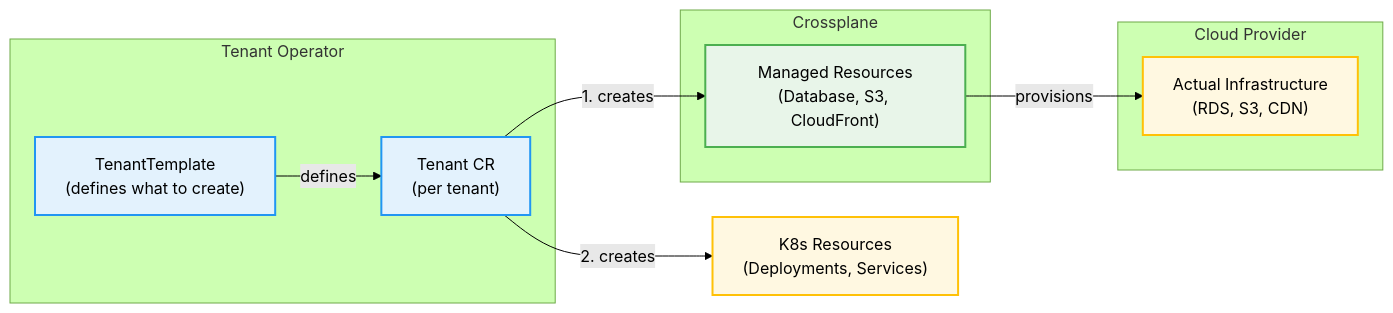
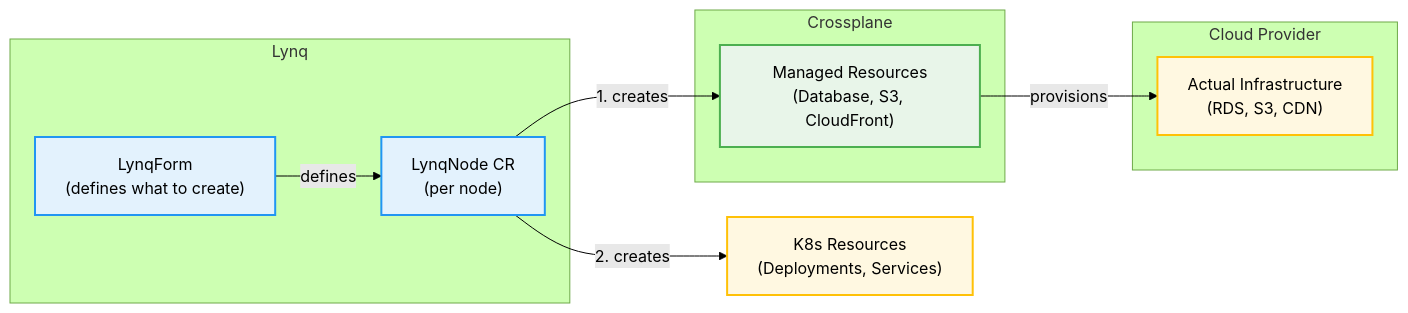
Before and after one commit to kubernetes-tenants/tenant-operator: the first of 2 diagrams in docs/integration-crossplane.md, drawn with Mermaid (forest theme). The commit also changed other lines of this file and 203 other files, not shown here.

First line of the commit message:
feat!: Complete terminology migration from tenant-operator to Lynq

````diff
--- a/docs/integration-crossplane.md
+++ b/docs/integration-crossplane.md
@@ -15,28 +15,28 @@
 ```mermaid
 flowchart LR
-    subgraph TO["Tenant Operator"]
-        Template["TenantTemplate<br/>(defines what to create)"]
-        Tenant["Tenant CR<br/>(per tenant)"]
+    subgraph TO["Lynq"]
+        Template["LynqForm<br/>(defines what to create)"]
+        Node["LynqNode CR<br/>(per node)"]
     end
 
     subgraph XP["Crossplane"]
         ManagedRes["Managed Resources<br/>(Database, S3, CloudFront)"]
     end
 
     subgraph Cloud["Cloud Provider"]
         CloudRes["Actual Infrastructure<br/>(RDS, S3, CDN)"]
     end
 
-    Template -->|"defines"| Tenant
-    Tenant -->|"1. creates"| ManagedRes
-    Tenant -->|"2. creates"| K8s["K8s Resources<br/>(Deployments, Services)"]
+    Template -->|"defines"| Node
+    Node -->|"1. creates"| ManagedRes
+    Node -->|"2. creates"| K8s["K8s Resources<br/>(Deployments, Services)"]
     ManagedRes -->|"provisions"| CloudRes
 
-    classDef tenant fill:#e3f2fd,stroke:#2196f3,stroke-width:2px;
+    classDef node fill:#e3f2fd,stroke:#2196f3,stroke-width:2px;
     classDef crossplane fill:#e8f5e9,stroke:#4caf50,stroke-width:2px;
     classDef cloud fill:#fff8e1,stroke:#ffc107,stroke-width:2px;
 
-    class Template,Tenant tenant;
+    class Template,Node node;
     class ManagedRes crossplane;
     class CloudRes,K8s cloud;
 ```
````
